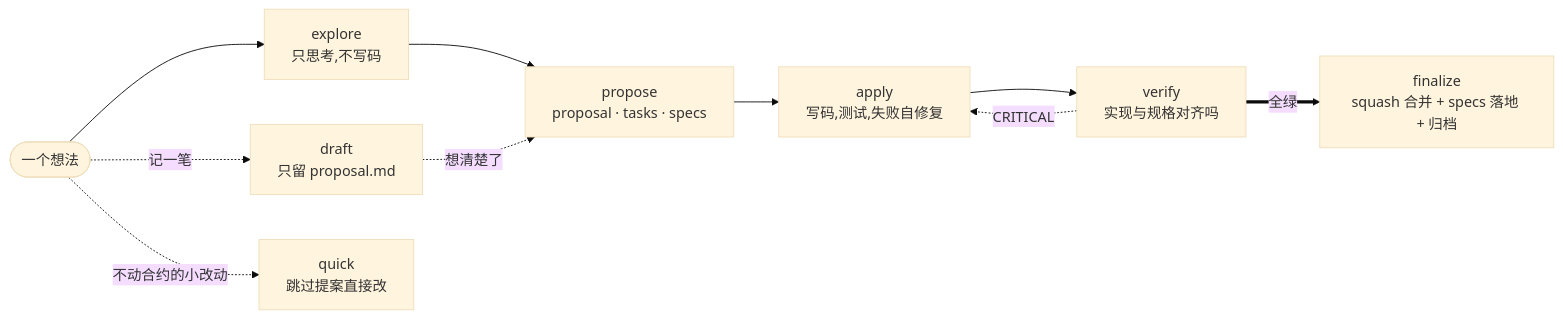
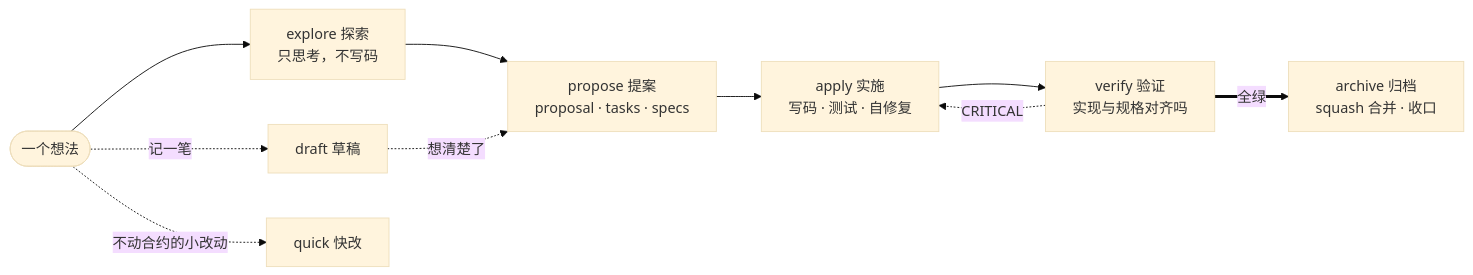
One commit to StrayDragon/llman-sdd changed the second of 4 diagrams in README.md. Above: the diagram before and after it, drawn with Mermaid (base theme). The commit also changed other lines of this file, not shown here.

````diff
--- a/README.md
+++ b/README.md
@@ -22,12 +51,12 @@
 ```mermaid
 flowchart LR
-    idea([一个想法]) --> explore["explore<br/>只思考,不写码"]
-    idea -. 记一笔 .-> draft["draft<br/>只留 proposal.md"]
-    idea -. 不动合约的小改动 .-> quick["quick<br/>跳过提案直接改"]
-    explore --> propose["propose<br/>proposal · tasks · specs"]
+    idea([一个想法]) --> explore["explore 探索<br/>只思考，不写码"]
+    idea -. 记一笔 .-> draft["draft 草稿"]
+    idea -. 不动合约的小改动 .-> quick["quick 快改"]
+    explore --> propose["propose 提案<br/>proposal · tasks · specs"]
     draft -. 想清楚了 .-> propose
-    propose --> apply["apply<br/>写码,测试,失败自修复"]
-    apply --> verify["verify<br/>实现与规格对齐吗"]
+    propose --> apply["apply 实施<br/>写码 · 测试 · 自修复"]
+    apply --> verify["verify 验证<br/>实现与规格对齐吗"]
     verify -. CRITICAL .-> apply
-    verify ==>|全绿| finalize["finalize<br/>squash 合并 + specs 落地 + 归档"]
+    verify ==>|全绿| archive["archive 归档<br/>squash 合并 · 收口"]
 ```
````
